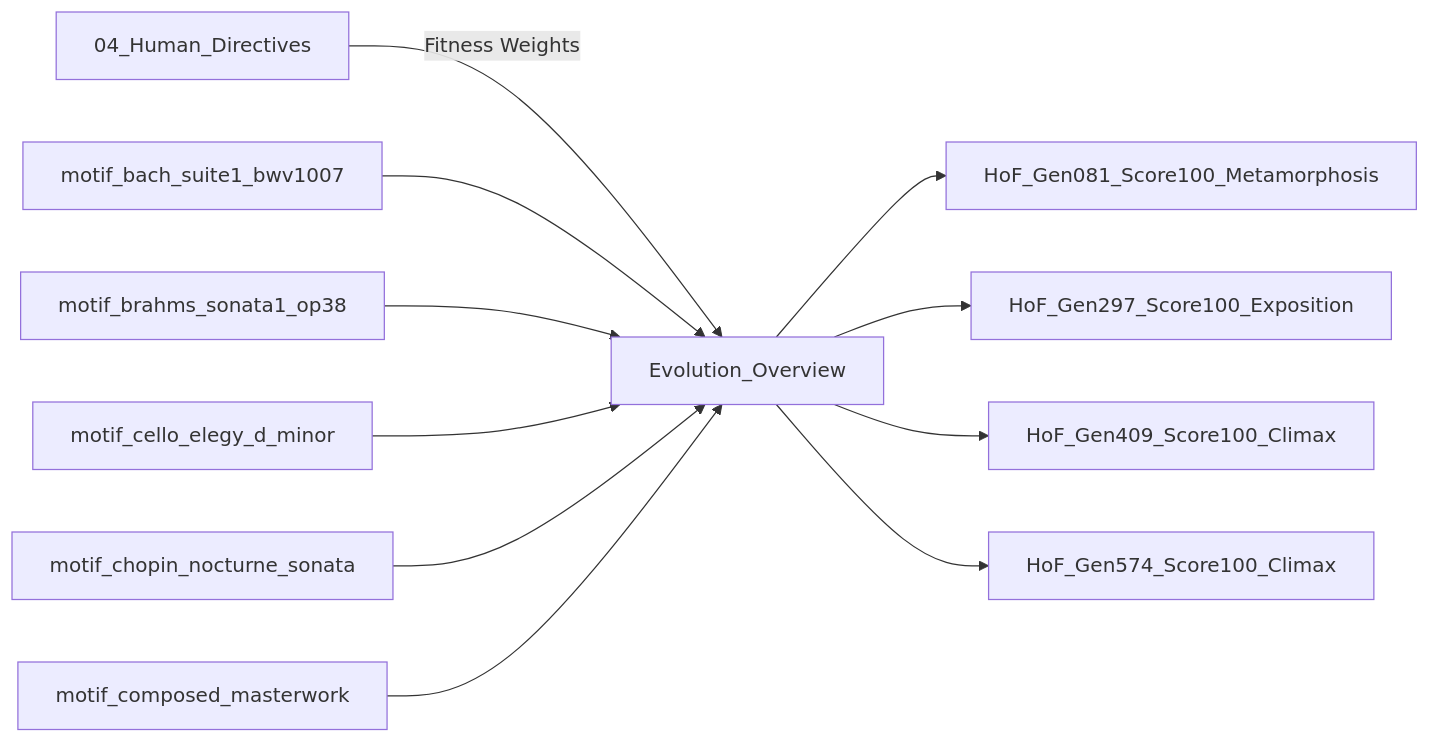
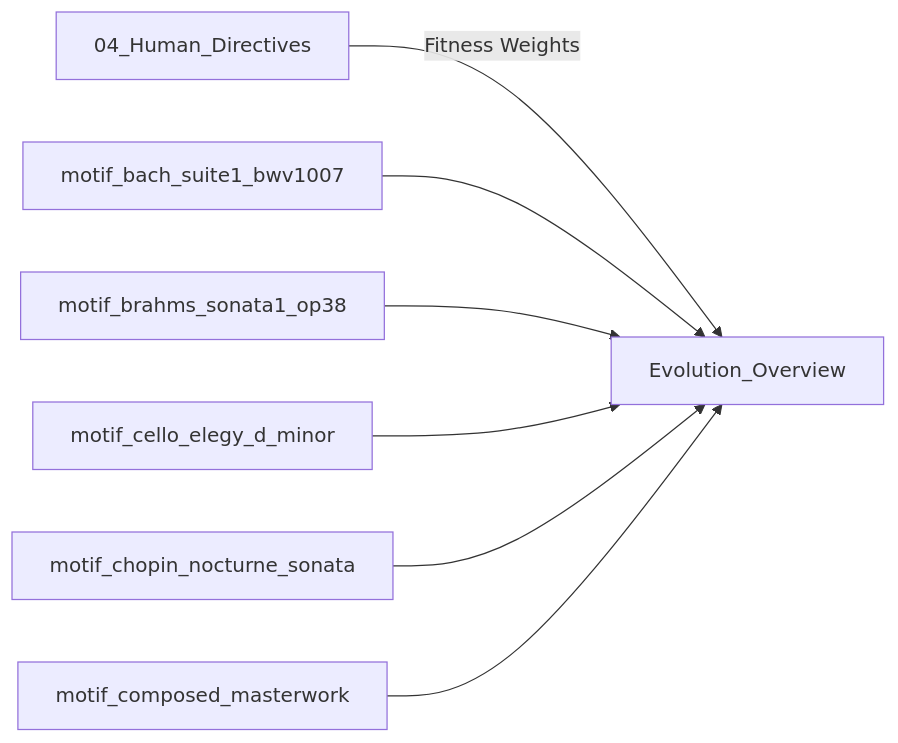
The second of 2 diagrams in obsidian_vault/00_Dashboard/Evolution_Overview.md (AI-Avalon/Disklavier-Auto), drawn with Mermaid before and after one commit. The commit also changed other lines of this file and 20 other files, not shown here.

Commit message:
feat(step5): Complete FEATURES_100.md, Japanese README with Mermaid diagrams, and full studio test suite

````diff
--- a/obsidian_vault/00_Dashboard/Evolution_Overview.md
+++ b/obsidian_vault/00_Dashboard/Evolution_Overview.md
@@ -43,13 +34,9 @@
 ```mermaid
 flowchart LR
     D["04_Human_Directives"] -->|"Fitness Weights"| O["Evolution_Overview"]
     motif_bach_suite1_bwv1007["motif_bach_suite1_bwv1007"] --> O
     motif_brahms_sonata1_op38["motif_brahms_sonata1_op38"] --> O
     motif_cello_elegy_d_minor["motif_cello_elegy_d_minor"] --> O
     motif_chopin_nocturne_sonata["motif_chopin_nocturne_sonata"] --> O
     motif_composed_masterwork["motif_composed_masterwork"] --> O
-    O --> HoF_Gen081_Score100_Metamorphosis["HoF_Gen081_Score100_Metamorphosis"]
-    O --> HoF_Gen297_Score100_Exposition["HoF_Gen297_Score100_Exposition"]
-    O --> HoF_Gen409_Score100_Climax["HoF_Gen409_Score100_Climax"]
-    O --> HoF_Gen574_Score100_Climax["HoF_Gen574_Score100_Climax"]
 ```
````
